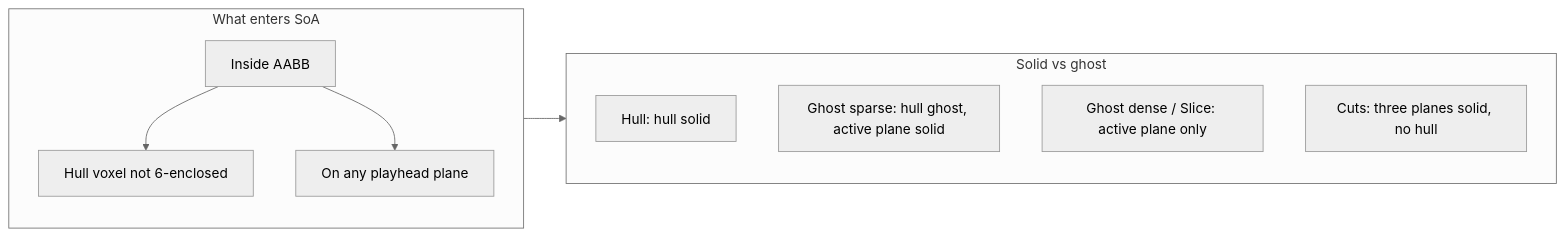
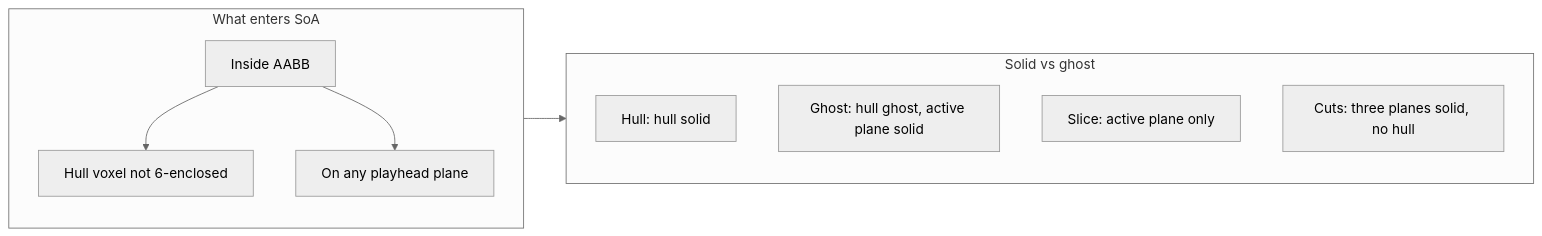
Before and after one commit to PiMaV/DONNER: diagram 17 of 31 in architecture.md, drawn with Mermaid (neutral theme). The commit also changed other lines of this file and 26 other files, not shown here.

Commit message:
Ship inspect loop as the highlighted plane and a growing hull, with Conway size-by-age and opt-in DEV Bench so the hot path stays off until asked.

````diff
--- a/architecture.md
+++ b/architecture.md
@@ -429,17 +450,17 @@
 ```mermaid
 flowchart LR
   subgraph emit [What enters SoA]
     inAabb[Inside AABB]
     hullVox[Hull voxel not 6-enclosed]
     onPlane[On any playhead plane]
     inAabb --> hullVox
     inAabb --> onPlane
   end
   subgraph draw [Solid vs ghost]
     hullMode[Hull: hull solid]
-    ghostMode[Ghost sparse: hull ghost, active plane solid]
-    sliceMode[Ghost dense / Slice: active plane only]
+    ghostMode[Ghost: hull ghost, active plane solid]
+    sliceMode[Slice: active plane only]
     tripleMode[Cuts: three planes solid, no hull]
   end
   emit --> draw
 ```
````
